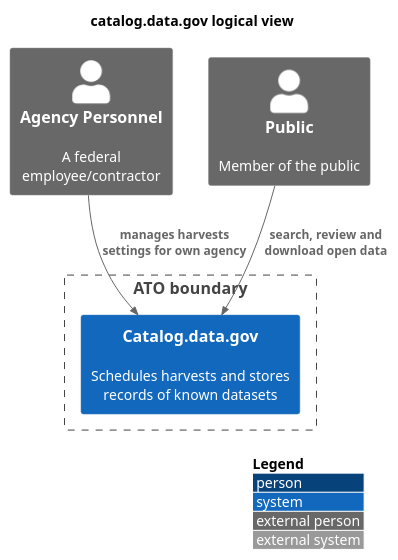
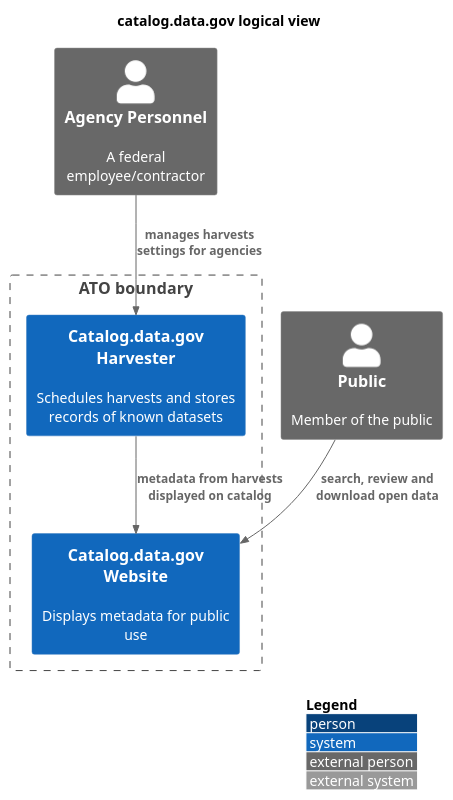
Before and after one commit to GSA/datagov-compliance: the diagram in apps/catalog.logical.md, drawn with PlantUML.

Commit message:
Update catalog logical model and relationships

````diff
--- a/apps/catalog.logical.md
+++ b/apps/catalog.logical.md
@@ -3,15 +3,17 @@
 ```plantuml
 @startuml
 !include https://raw.githubusercontent.com/plantuml-stdlib/C4-PlantUML/master/C4_Context.puml
 LAYOUT_WITH_LEGEND()
 title catalog.data.gov logical view
 Person_Ext(personnel, "Agency Personnel", "A federal employee/contractor")
 Person_Ext(public, "Public", "Member of the public")
 'note left of personnel : In java, every class\nextends this one.
 Boundary(atob, "ATO boundary") {
-    System(catalog, "Catalog.data.gov", "Schedules harvests and stores records of known datasets")
+    System(catalog, "Catalog.data.gov Website", "Displays metadata for public use")
+    System(harvester, "Catalog.data.gov Harvester", "Schedules harvests and stores records of known datasets")
 }
-Rel(personnel, catalog, "manages harvests settings for own agency")
+Rel(personnel, harvester, "manages harvests settings for agencies")
 Rel(public, catalog, "search, review and download open data")
+Rel(harvester, catalog, "metadata from harvests displayed on catalog")
 @enduml
 ```
````
